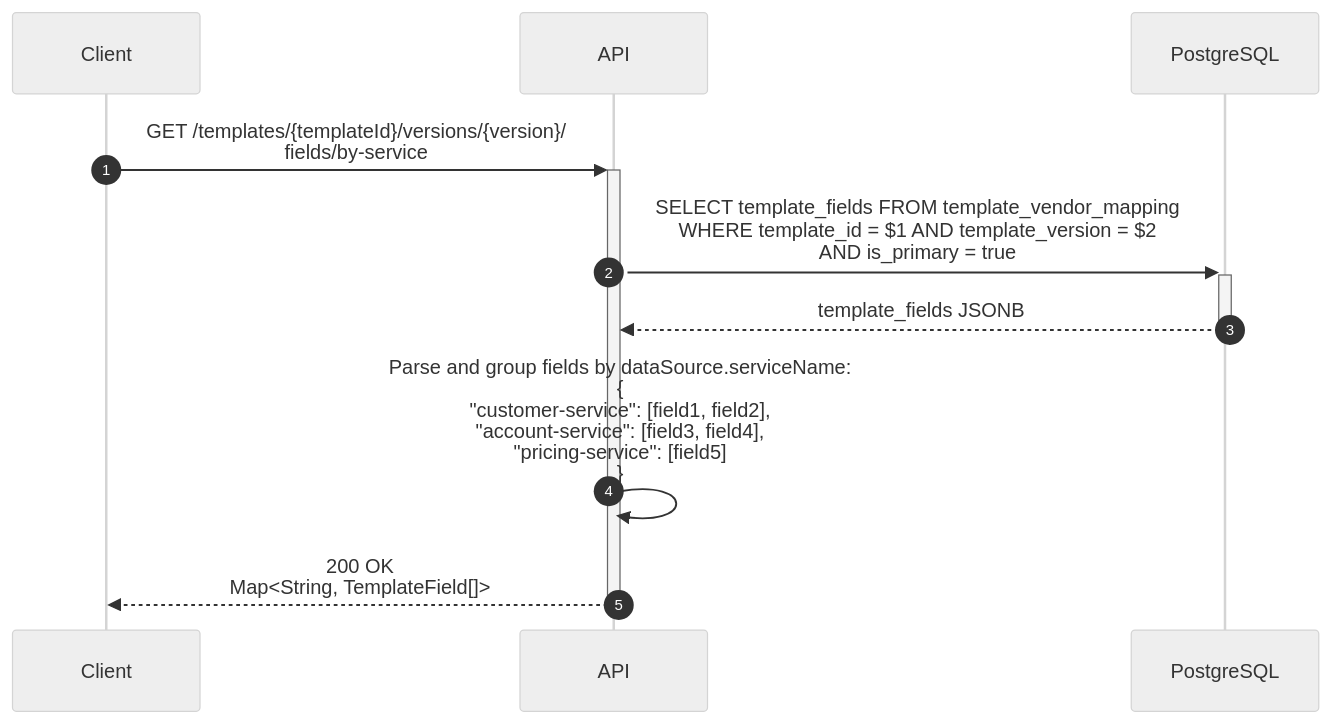
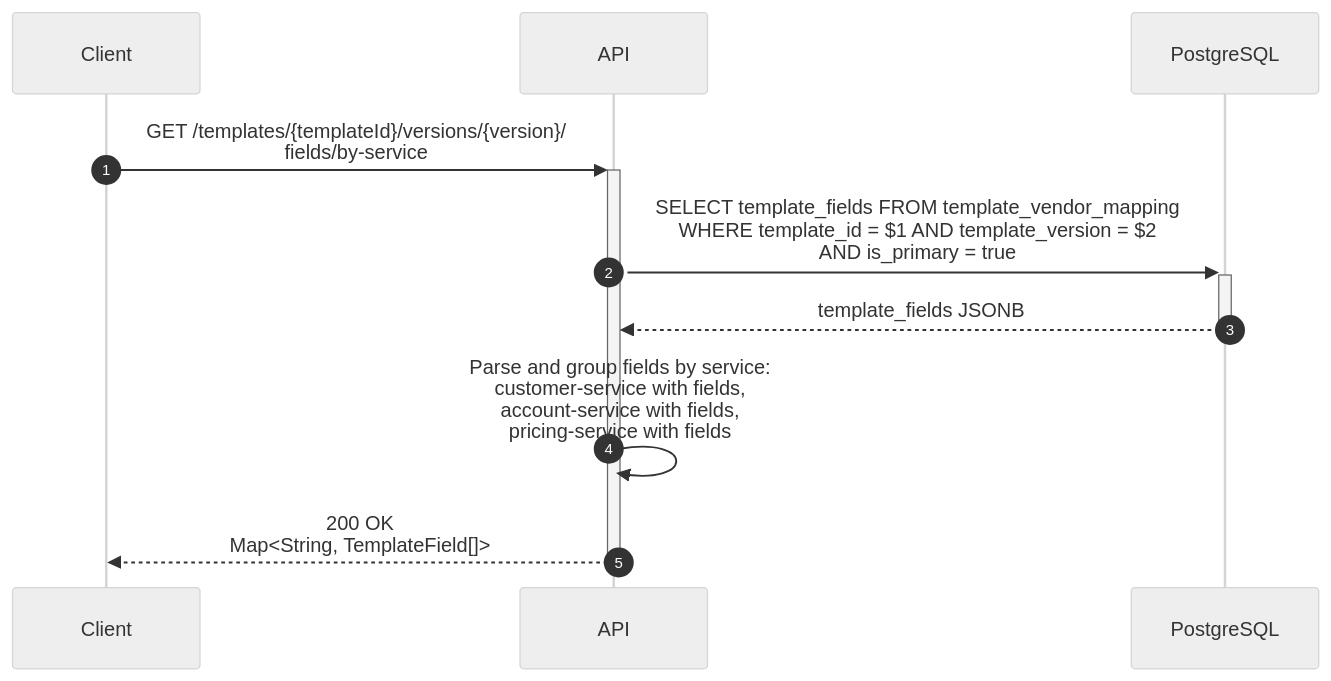
One commit to ghmd86/document-hub changed diagram 12 of 14 in docs/sequence-diagrams/complete_api_sequence_diagrams.md. Above: the diagram before and after it, drawn with Mermaid (neutral theme). The commit also changed other lines of this file, not shown here.

First line of the commit message:
Fix Mermaid syntax errors in sequence diagrams

````diff
--- a/docs/sequence-diagrams/complete_api_sequence_diagrams.md
+++ b/docs/sequence-diagrams/complete_api_sequence_diagrams.md
@@ -617,18 +617,18 @@
 ```mermaid
 sequenceDiagram
     autonumber
 
     participant Client
     participant API
     participant DB as PostgreSQL
 
     Client->>+API: GET /templates/{templateId}/versions/{version}/<br/>fields/by-service
 
     API->>+DB: SELECT template_fields FROM template_vendor_mapping<br/>WHERE template_id = $1 AND template_version = $2<br/>AND is_primary = true
 
     DB-->>-API: template_fields JSONB
 
-    API->>API: Parse and group fields by dataSource.serviceName:<br/>{<br/>  "customer-service": [field1, field2],<br/>  "account-service": [field3, field4],<br/>  "pricing-service": [field5]<br/>}
+    API->>API: Parse and group fields by service:<br/>customer-service with fields,<br/>account-service with fields,<br/>pricing-service with fields
 
     API-->>-Client: 200 OK<br/>Map<String, TemplateField[]>
 ```
````
